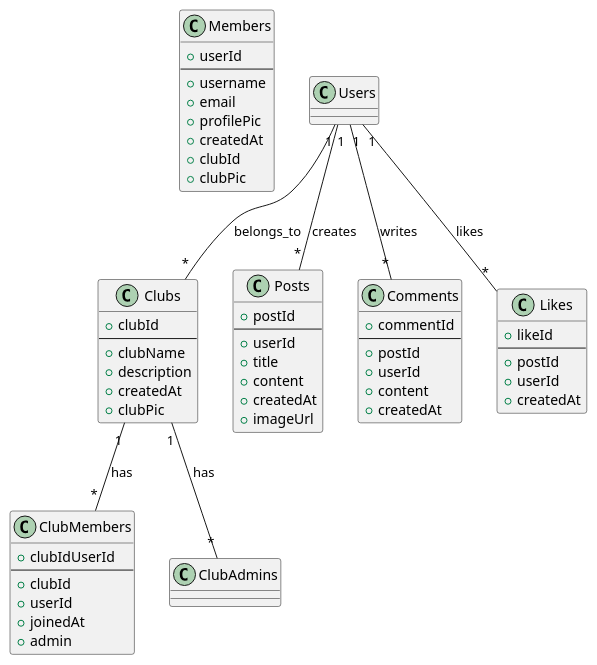
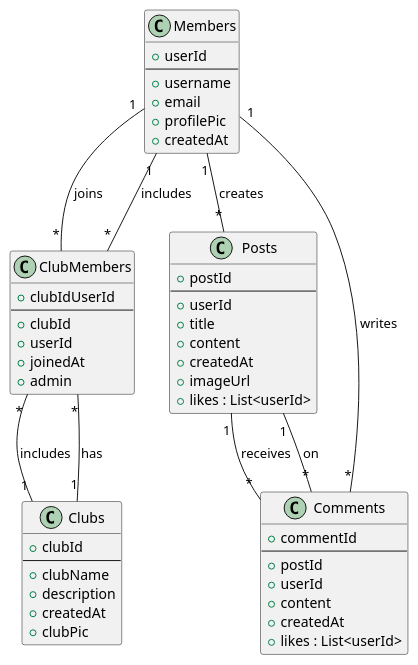
One commit to hwangtaewook/view_finder changed the diagram in lib/database.puml. Above: the diagram before and after it, drawn with PlantUML. The commit also changed 15 other files, not shown here.

```diff
--- a/lib/database.puml
+++ b/lib/database.puml
@@ -1,68 +1,62 @@
 @startuml Firestore_Structure
 
 class Members {
     + userId
     --
     + username
     + email
     + profilePic
     + createdAt
-    + clubId
-    + clubPic
 }
 
 class Clubs {
     + clubId
     --
     + clubName
     + description
     + createdAt
     + clubPic
 }
 
 class ClubMembers {
     + clubIdUserId
     --
     + clubId
     + userId
     + joinedAt
     + admin
 }
 
-
-
 class Posts {
     + postId
     --
     + userId
     + title
     + content
     + createdAt
     + imageUrl
+    + likes : List<userId>
 }
 
 class Comments {
     + commentId
     --
     + postId
     + userId
     + content
     + createdAt
+    + likes : List<userId>
 }
 
-class Likes {
-    + likeId
-    --
-    + postId
-    + userId
-    + createdAt
-}
+Members "1" -- "*" ClubMembers : "joins"
+Clubs "1" -- "*" ClubMembers : "has"
+ClubMembers "*" -- "1" Members : "includes"
+ClubMembers "*" -- "1" Clubs : "includes"
 
-Users "1" -- "*" Clubs : "belongs_to"
-Clubs "1" -- "*" ClubMembers : "has"
-Clubs "1" -- "*" ClubAdmins : "has"
-Users "1" -- "*" Posts : "creates"
-Users "1" -- "*" Comments : "writes"
-Users "1" -- "*" Likes : "likes"
+Members "1" -- "*" Posts : "creates"
+Posts "1" -- "*" Comments : "receives"
+Comments "*" -- "1" Posts : "on"
+
+Members "1" -- "*" Comments : "writes"
 
 @enduml
```
